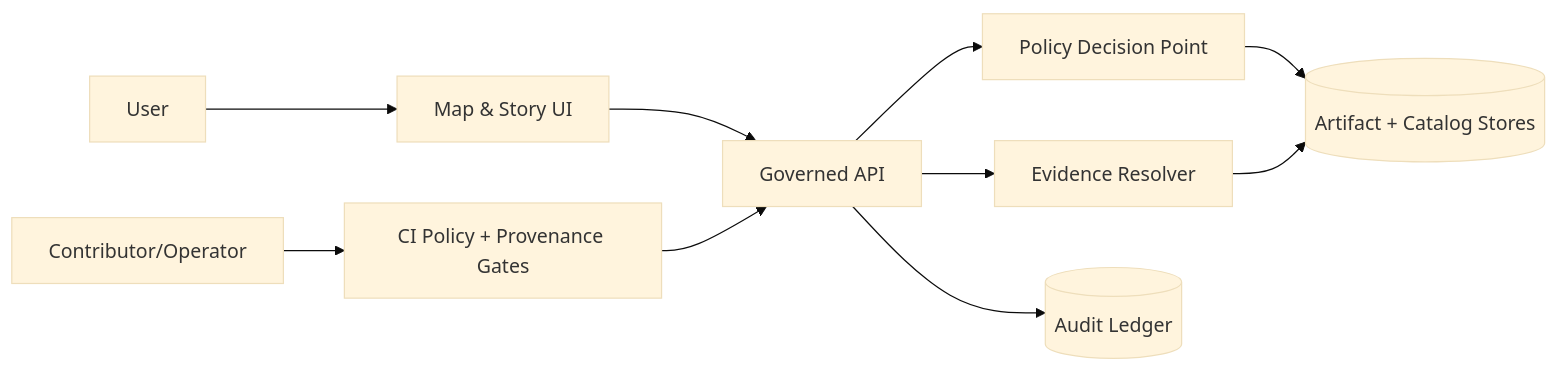
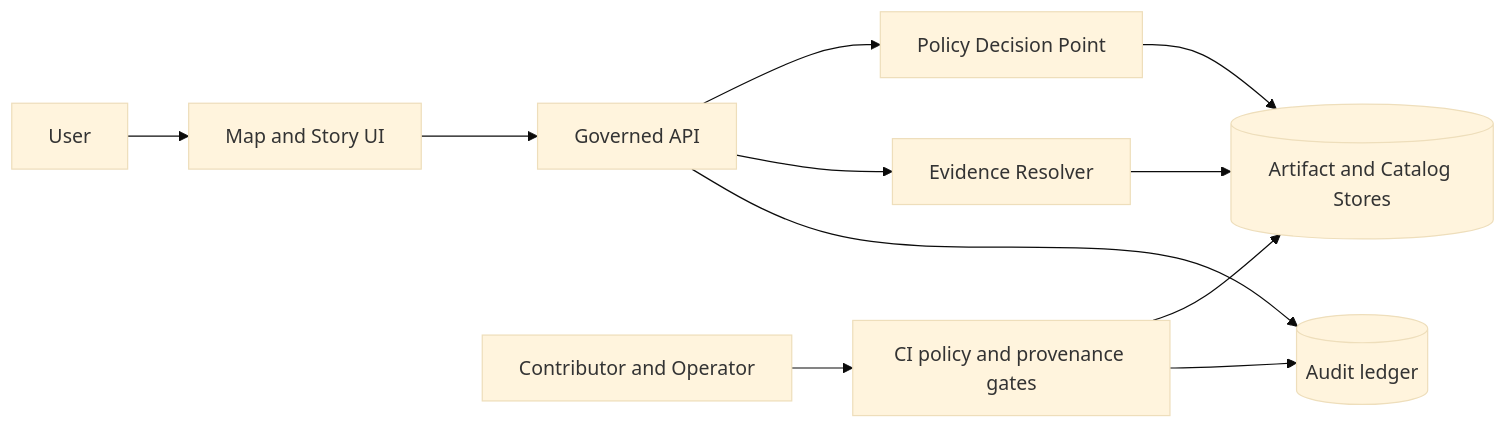
Before and after one commit to bartytime4life/Kansas-Frontier-Matrix: the first of 2 diagrams in SECURITY.md, drawn with Mermaid (base theme). The commit also changed other lines of this file, not shown here.

````diff
--- a/SECURITY.md
+++ b/SECURITY.md
@@ -195,12 +246,14 @@
 ```mermaid
 flowchart LR
-  U[User] --> UI[Map & Story UI]
+  U[User] --> UI[Map and Story UI]
   UI --> API[Governed API]
   API --> PDP[Policy Decision Point]
   API --> ER[Evidence Resolver]
-  PDP --> Store[(Artifact + Catalog Stores)]
+  PDP --> Store[(Artifact and Catalog Stores)]
   ER --> Store
-  API --> Audit[(Audit Ledger)]
-  Dev[Contributor/Operator] --> CI[CI Policy + Provenance Gates]
-  CI --> API
+  API --> Audit[(Audit ledger)]
+
+  Dev[Contributor and Operator] --> CI[CI policy and provenance gates]
+  CI --> Store
+  CI --> Audit
 ```
````
